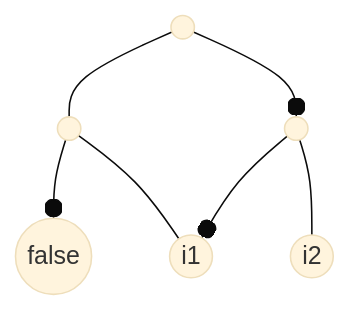
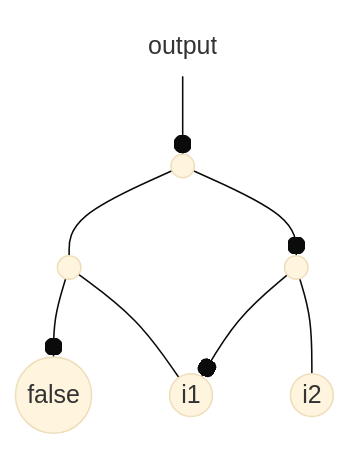
The diagram in README.md (remigerme/mutaig), drawn with Mermaid (base theme) before and after one commit. The commit also changed other lines of this file and 3 other files, not shown here.

````diff
--- a/README.md
+++ b/README.md
@@ -17,11 +17,12 @@
 ```mermaid
 flowchart TD
-    A((" ")) --- B((" "))
+    O@{shape: text, label: output} --o A((" "))
+    A --- B((" "))
     A --o C((" "))
 
     B --o D((false))
     B --- E((i1))
 
     C --o E
     C --- F((i2))
 ```
````
